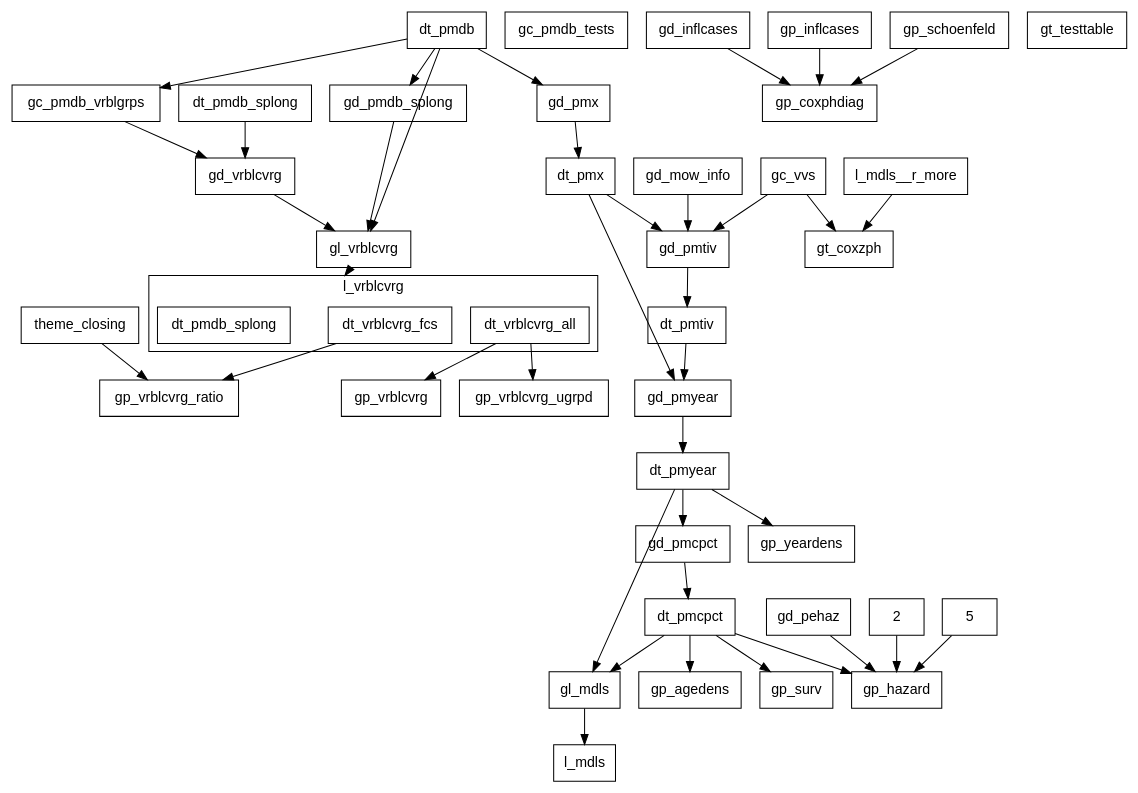
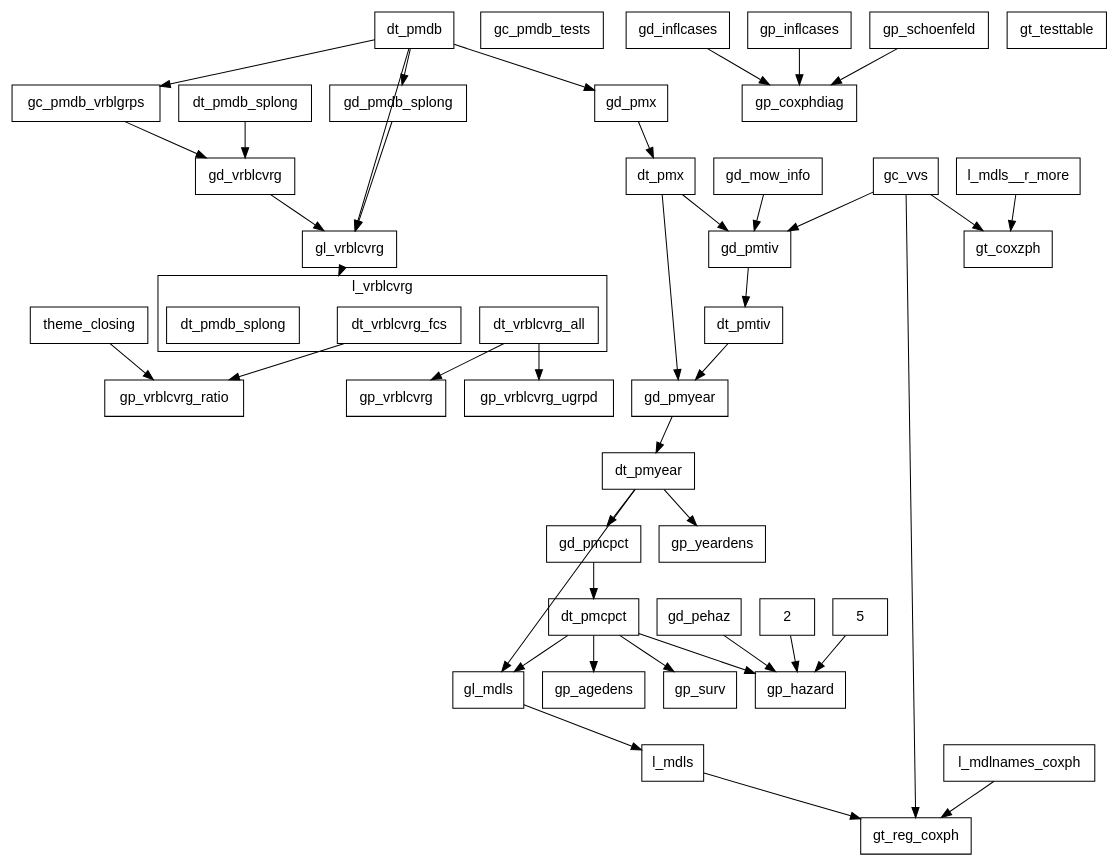
One commit to swhalemwo/pm_closing changed the diagram in misc/callgraph2.dot. Above: the diagram before and after it, drawn with Graphviz. The commit also changed 4 other files, not shown here.

```diff
--- a/misc/callgraph2.dot
+++ b/misc/callgraph2.dot
@@ -1,88 +1,93 @@
 digraph D {
  compound = true;
  splines = false; fontname=helvetica;
  node [shape=box, fontsize = 14, fontname=helvetica];
  edge [style = solid];
  
  subgraph cluster_l_vrblcvrg {
  label = "l_vrblcvrg";
  l_vrblcvrg__dt_vrblcvrg_all [label=dt_vrblcvrg_all]; 
 l_vrblcvrg__dt_vrblcvrg_fcs [label=dt_vrblcvrg_fcs]; 
 l_vrblcvrg [label = "", color=transparent, width=0, height=0]; 
 l_vrblcvrg__dt_pmdb_splong [label=dt_pmdb_splong] 
 } 
  gc_pmdb_tests; 
 gc_pmdb_vrblgrps; 
 gc_vvs; 
 gd_inflcases; 
 gd_mow_info; 
 gd_pehaz; 
 gd_pmcpct; 
 gd_pmdb_splong; 
 gd_pmtiv; 
 gd_pmx; 
 gd_pmyear; 
 gd_vrblcvrg; 
 gl_mdls; 
 gl_vrblcvrg; 
 gp_agedens; 
 gp_coxphdiag; 
 gp_hazard; 
 gp_inflcases; 
 gp_schoenfeld; 
 gp_surv; 
 gp_vrblcvrg; 
 gp_vrblcvrg_ratio; 
 gp_vrblcvrg_ugrpd; 
 gp_yeardens; 
 gt_coxzph; 
+gt_reg_coxph; 
 gt_testtable; 
 theme_closing; 
 dt_pmdb; 
 dt_pmdb_splong; 
 dt_pmx; 
 dt_pmtiv; 
 dt_pmyear; 
 dt_pmcpct; 
 2; 
 5; 
 l_mdls__r_more; 
-l_mdls 
+l_mdls; 
+l_mdlnames_coxph 
  2 -> gp_hazard; 
 5 -> gp_hazard; 
 dt_pmcpct -> gl_mdls; 
 dt_pmcpct -> gp_agedens; 
 dt_pmcpct -> gp_hazard; 
 dt_pmcpct -> gp_surv; 
 dt_pmdb -> gc_pmdb_vrblgrps; 
 dt_pmdb -> gd_pmdb_splong; 
 dt_pmdb -> gd_pmx; 
 dt_pmdb -> gl_vrblcvrg; 
 dt_pmdb_splong -> gd_vrblcvrg; 
 dt_pmtiv -> gd_pmyear; 
 dt_pmx -> gd_pmtiv; 
 dt_pmx -> gd_pmyear; 
 dt_pmyear -> gd_pmcpct; 
 dt_pmyear -> gl_mdls; 
 dt_pmyear -> gp_yeardens; 
 gc_pmdb_vrblgrps -> gd_vrblcvrg; 
 gc_vvs -> gd_pmtiv; 
 gc_vvs -> gt_coxzph; 
+gc_vvs -> gt_reg_coxph; 
 gd_inflcases -> gp_coxphdiag; 
 gd_mow_info -> gd_pmtiv; 
 gd_pehaz -> gp_hazard; 
 gd_pmcpct -> dt_pmcpct; 
 gd_pmdb_splong -> gl_vrblcvrg; 
 gd_pmtiv -> dt_pmtiv; 
 gd_pmx -> dt_pmx; 
 gd_pmyear -> dt_pmyear; 
 gd_vrblcvrg -> gl_vrblcvrg; 
 gl_mdls -> l_mdls; 
 gl_vrblcvrg -> l_vrblcvrg[lhead=cluster_l_vrblcvrg,ltail=gl_vrblcvrg]; 
 gp_inflcases -> gp_coxphdiag; 
 gp_schoenfeld -> gp_coxphdiag; 
+l_mdlnames_coxph -> gt_reg_coxph; 
+l_mdls -> gt_reg_coxph; 
 l_mdls__r_more -> gt_coxzph; 
 l_vrblcvrg__dt_vrblcvrg_all -> gp_vrblcvrg; 
 l_vrblcvrg__dt_vrblcvrg_all -> gp_vrblcvrg_ugrpd; 
 l_vrblcvrg__dt_vrblcvrg_fcs -> gp_vrblcvrg_ratio; 
 theme_closing -> gp_vrblcvrg_ratio }
```
